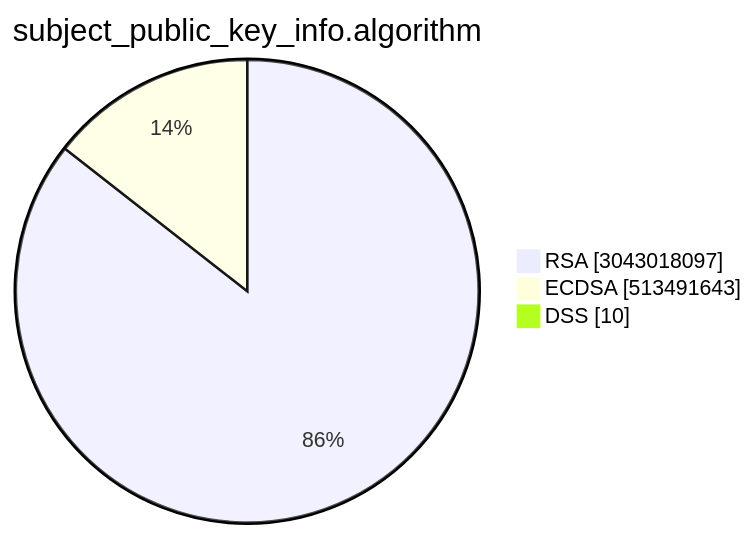
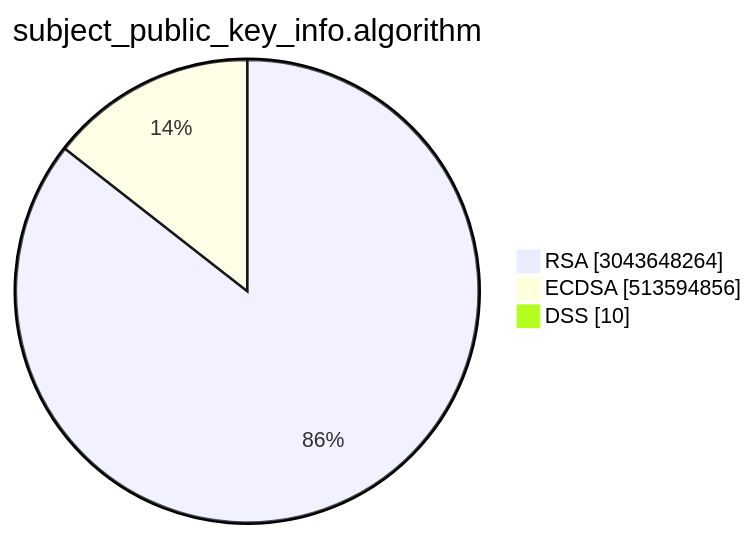
One commit to christiankrug/ctmonitor_visualization changed the second of 15 diagrams in TOTAL/README.md. Above: the diagram before and after it, drawn with Mermaid. The commit also changed other lines of this file, not shown here.

````diff
--- a/TOTAL/README.md
+++ b/TOTAL/README.md
@@ -6,7 +6,7 @@
 ```mermaid
 pie showData
 title subject_public_key_info.algorithm
-"RSA" :3043018097
-"ECDSA" :513491643
+"RSA" :3043648264
+"ECDSA" :513594856
 "DSS" :10
 ```
````
